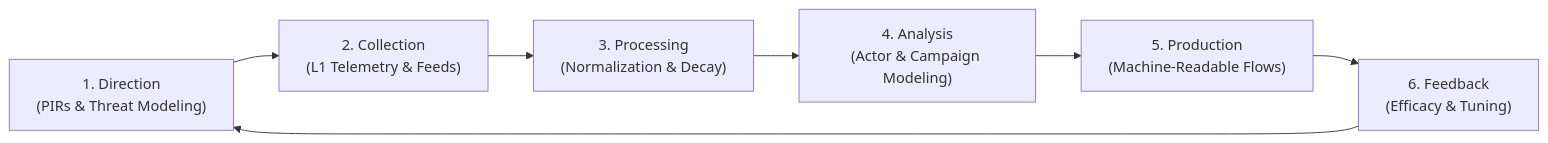
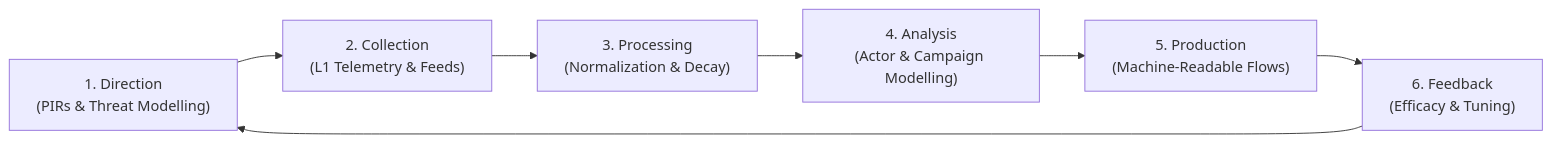
One commit to Haribu/TIDIR changed the second of 7 diagrams in docs/architecture/06-layer-3-threat-intel-detection.md. Above: the diagram before and after it, drawn with Mermaid. The commit also changed other lines of this file and 34 other files, not shown here.

````diff
--- a/docs/architecture/06-layer-3-threat-intel-detection.md
+++ b/docs/architecture/06-layer-3-threat-intel-detection.md
@@ -58,12 +58,12 @@
 ```mermaid
 flowchart LR
-  DIR["1. Direction\n(PIRs & Threat Modeling)"]
+  DIR["1. Direction\n(PIRs & Threat Modelling)"]
   COL["2. Collection\n(L1 Telemetry & Feeds)"]
   PROC["3. Processing\n(Normalization & Decay)"]
-  ANALYSIS["4. Analysis\n(Actor & Campaign Modeling)"]
+  ANALYSIS["4. Analysis\n(Actor & Campaign Modelling)"]
   PROD["5. Production\n(Machine-Readable Flows)"]
   EVAL["6. Feedback\n(Efficacy & Tuning)"]
 
   DIR --> COL --> PROC --> ANALYSIS --> PROD --> EVAL
   EVAL --> DIR
 ```
````
